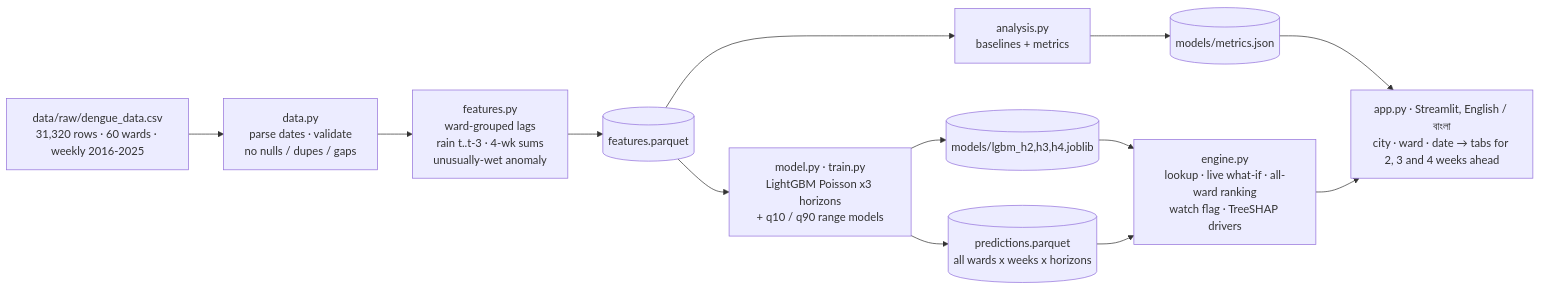
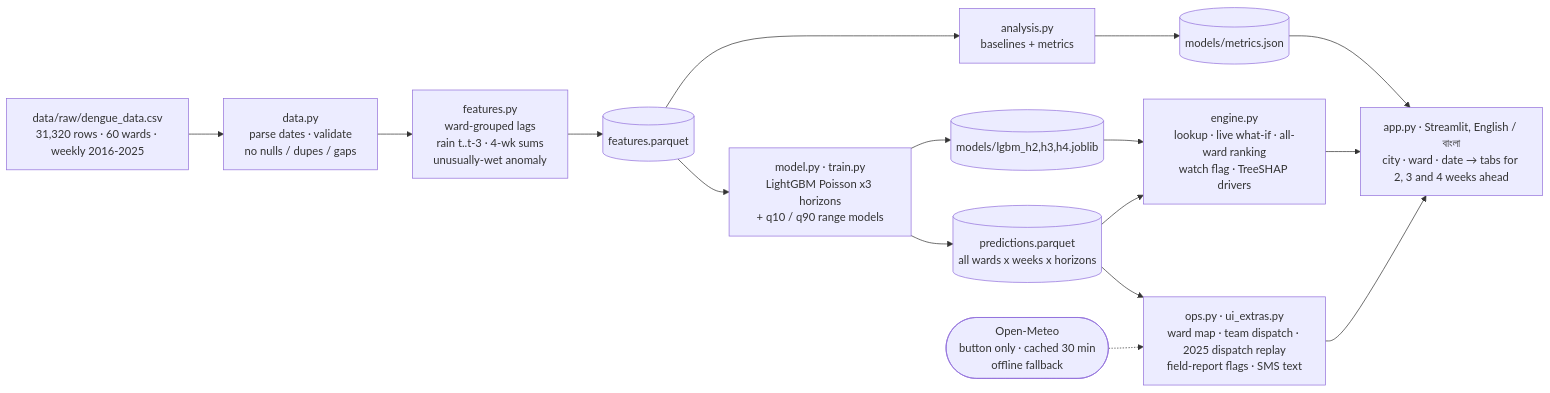
The diagram in ARCHITECTURE.md (fahim75755/HACKATHON-26), drawn with Mermaid before and after one commit. The commit also changed other lines of this file and 1 other file, not shown here.

First line of the commit message:
Docs: cover Naim's field-operations features and real API use

````diff
--- a/ARCHITECTURE.md
+++ b/ARCHITECTURE.md
@@ -5,15 +5,18 @@
 ```mermaid
 flowchart LR
     A[data/raw/dengue_data.csv<br/>31,320 rows · 60 wards · weekly 2016-2025] --> B[data.py<br/>parse dates · validate<br/>no nulls / dupes / gaps]
     B --> C[features.py<br/>ward-grouped lags<br/>rain t..t-3 · 4-wk sums<br/>unusually-wet anomaly]
     C --> D[(features.parquet)]
     D --> E[model.py · train.py<br/>LightGBM Poisson x3 horizons<br/>+ q10 / q90 range models]
     D --> F[analysis.py<br/>baselines + metrics]
     E --> G[(models/lgbm_h2,h3,h4.joblib)]
     F --> H[(models/metrics.json)]
     E --> I[(predictions.parquet<br/>all wards x weeks x horizons)]
     G --> J[engine.py<br/>lookup · live what-if · all-ward ranking<br/>watch flag · TreeSHAP drivers]
     I --> J
     H --> K
     J --> K[app.py · Streamlit, English / বাংলা<br/>city · ward · date → tabs for 2, 3 and 4 weeks ahead]
+    I --> L[ops.py · ui_extras.py<br/>ward map · team dispatch · 2025 dispatch replay<br/>field-report flags · SMS text]
+    L --> K
+    M([Open-Meteo<br/>button only · cached 30 min<br/>offline fallback]) -.-> L
 ```
````
